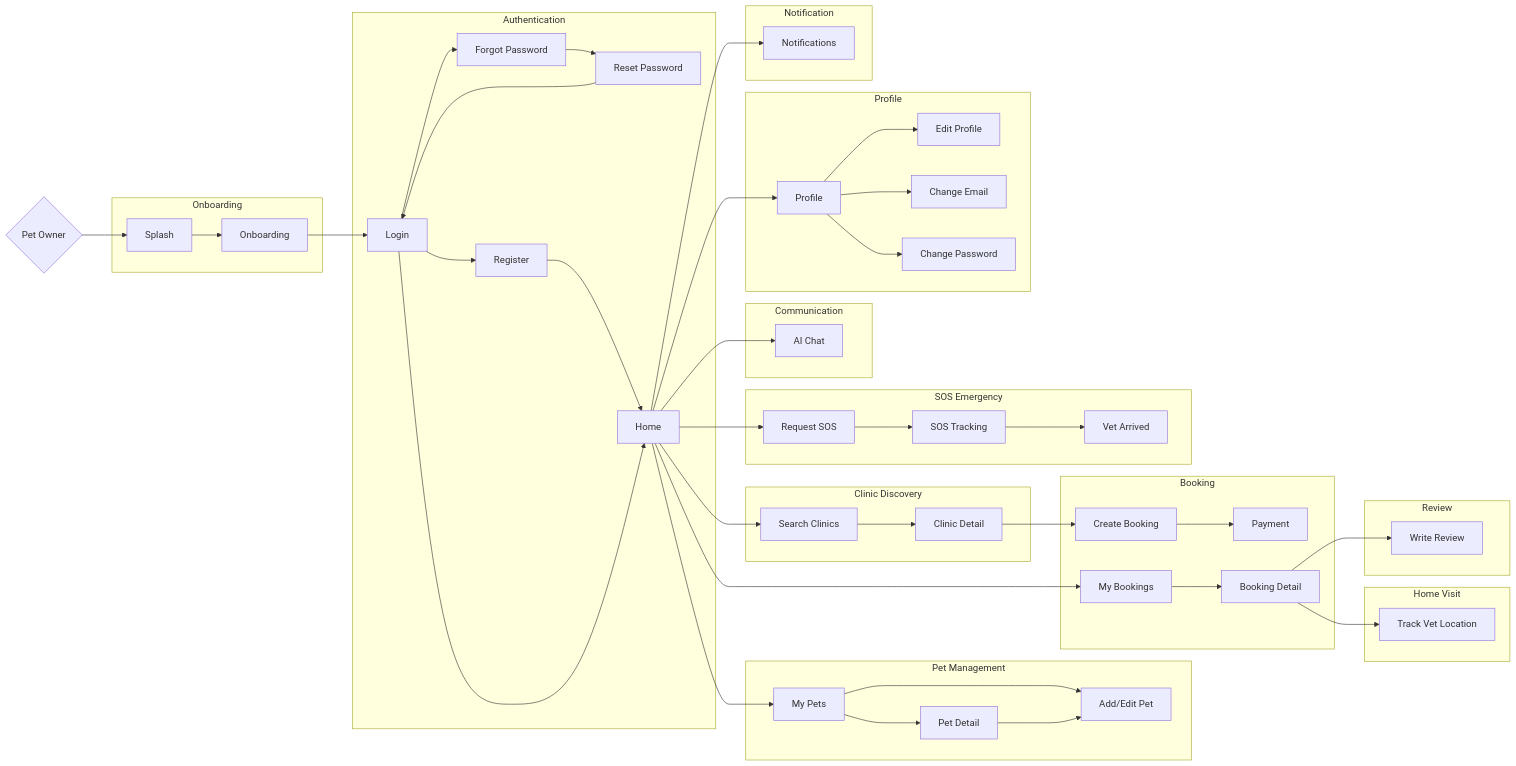
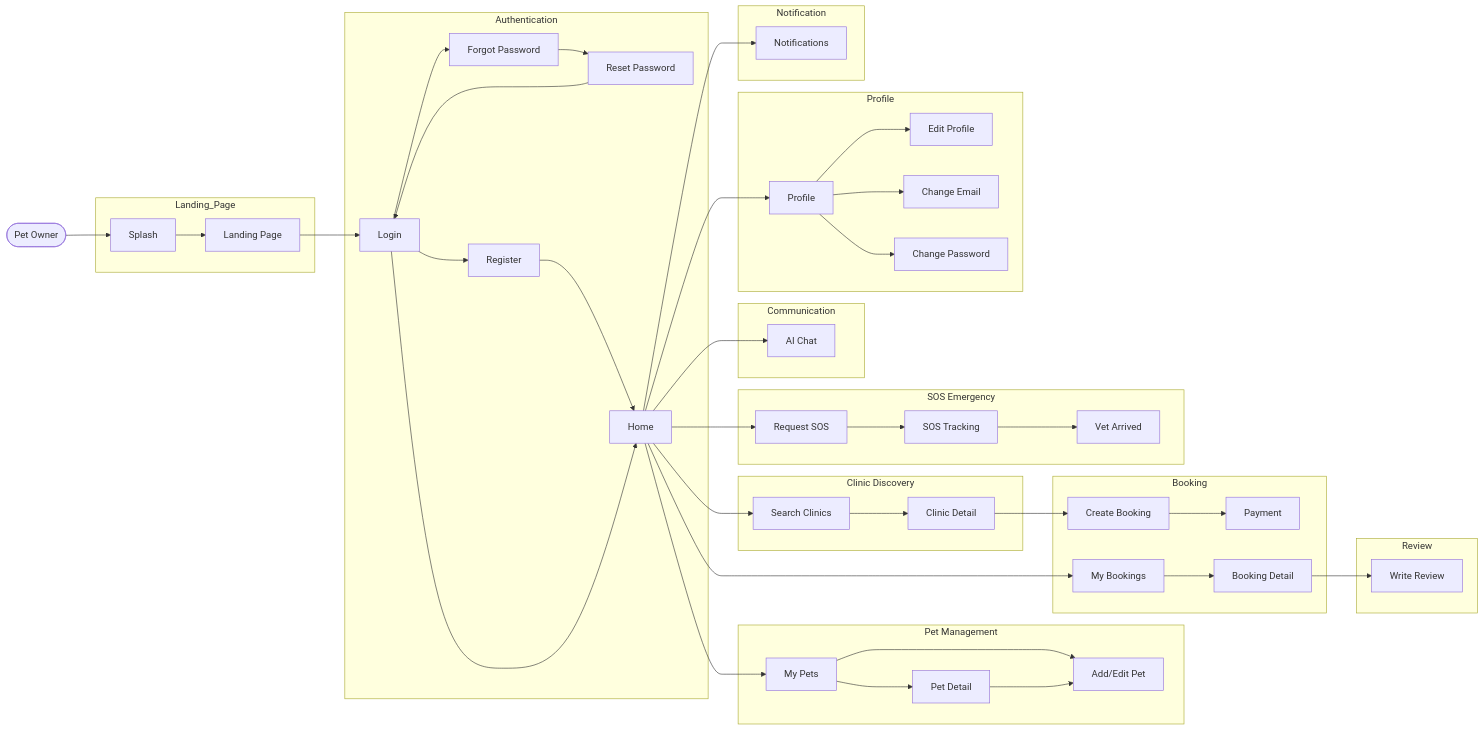
Before and after one commit to espresso23/Petties-Veterinary-Appointment-Booking-Platform: the third of 9 diagrams in docs-references/documentation/SRS/PETTIES_SRS.md, drawn with Mermaid. The commit also changed other lines of this file and 105 other files, not shown here.

````diff
--- a/docs-references/documentation/SRS/PETTIES_SRS.md
+++ b/docs-references/documentation/SRS/PETTIES_SRS.md
@@ -284,66 +285,61 @@
 ```mermaid
 flowchart LR
-    PO{Pet Owner} --> Splash
+    PO([Pet Owner]) --> Splash
 
-    subgraph Onboarding
-        Splash --> OnboardingScreen[Onboarding]
+    subgraph Landing_Page
+        Splash --> LandingPage[Landing Page]
     end
 
     subgraph Authentication
-        OnboardingScreen --> Login
+        LandingPage --> Login
         Login --> Register
         Login --> ForgotPassword[Forgot Password]
         ForgotPassword --> ResetPassword[Reset Password]
         ResetPassword --> Login
         Register --> Home
         Login --> Home
     end
 
     subgraph Pet_Management[Pet Management]
         Home --> MyPets[My Pets]
         MyPets --> PetDetail[Pet Detail]
         MyPets --> AddEditPet[Add/Edit Pet]
         PetDetail --> AddEditPet
     end
 
     subgraph Clinic_Discovery[Clinic Discovery]
         Home --> SearchClinics[Search Clinics]
         SearchClinics --> ClinicDetail[Clinic Detail]
     end
 
     subgraph Booking
         ClinicDetail --> CreateBooking[Create Booking]
         CreateBooking --> Payment
         Home --> MyBookings[My Bookings]
         MyBookings --> BookingDetail[Booking Detail]
     end
 
     subgraph SOS_Emergency[SOS Emergency]
         Home --> SOSRequest[Request SOS]
         SOSRequest --> SOSTracking[SOS Tracking]
         SOSTracking --> SOSArrived[Vet Arrived]
     end
-
-    subgraph Home_Visit[Home Visit]
-        BookingDetail --> TrackVet[Track Vet Location]
-    end
-
     subgraph Review
         BookingDetail --> WriteReview[Write Review]
     end
 
     subgraph Communication
         Home --> AIChat[AI Chat]
     end
 
     subgraph Profile
         Home --> ProfileScreen[Profile]
         ProfileScreen --> EditProfile[Edit Profile]
         ProfileScreen --> ChangeEmail[Change Email]
         ProfileScreen --> ChangePassword[Change Password]
     end
 
     subgraph Notification
         Home --> Notifications
     end
 ```
````
